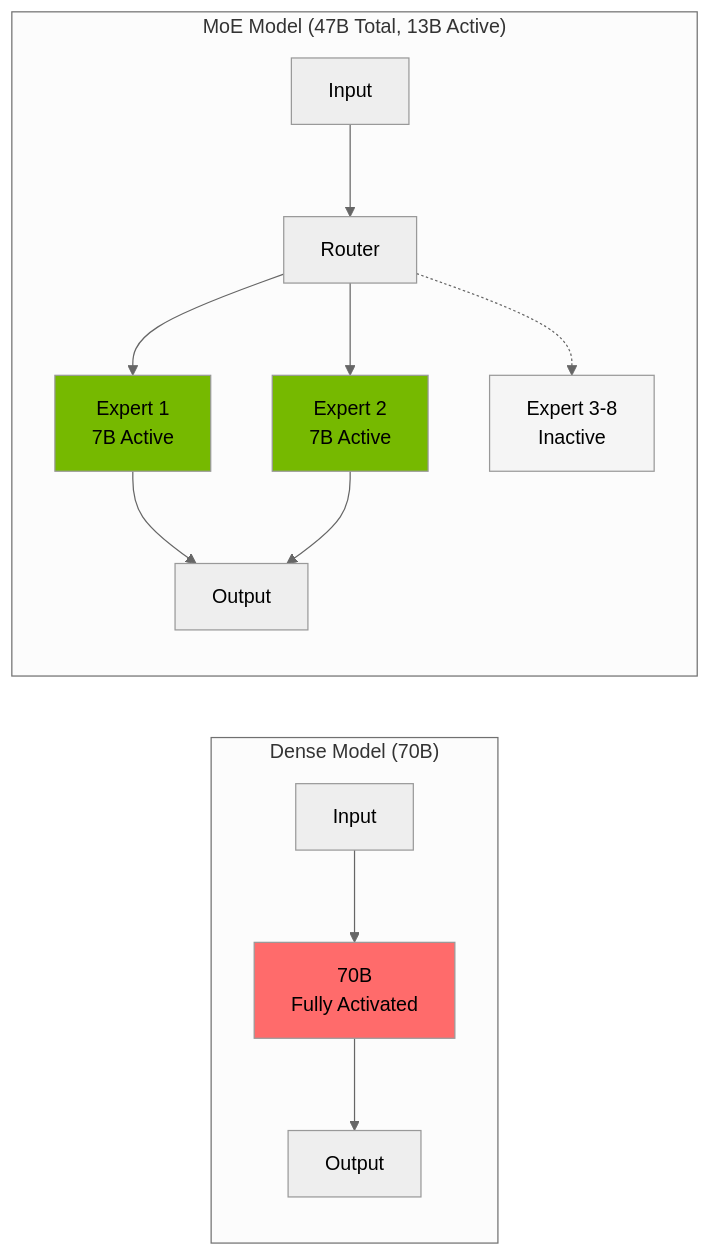
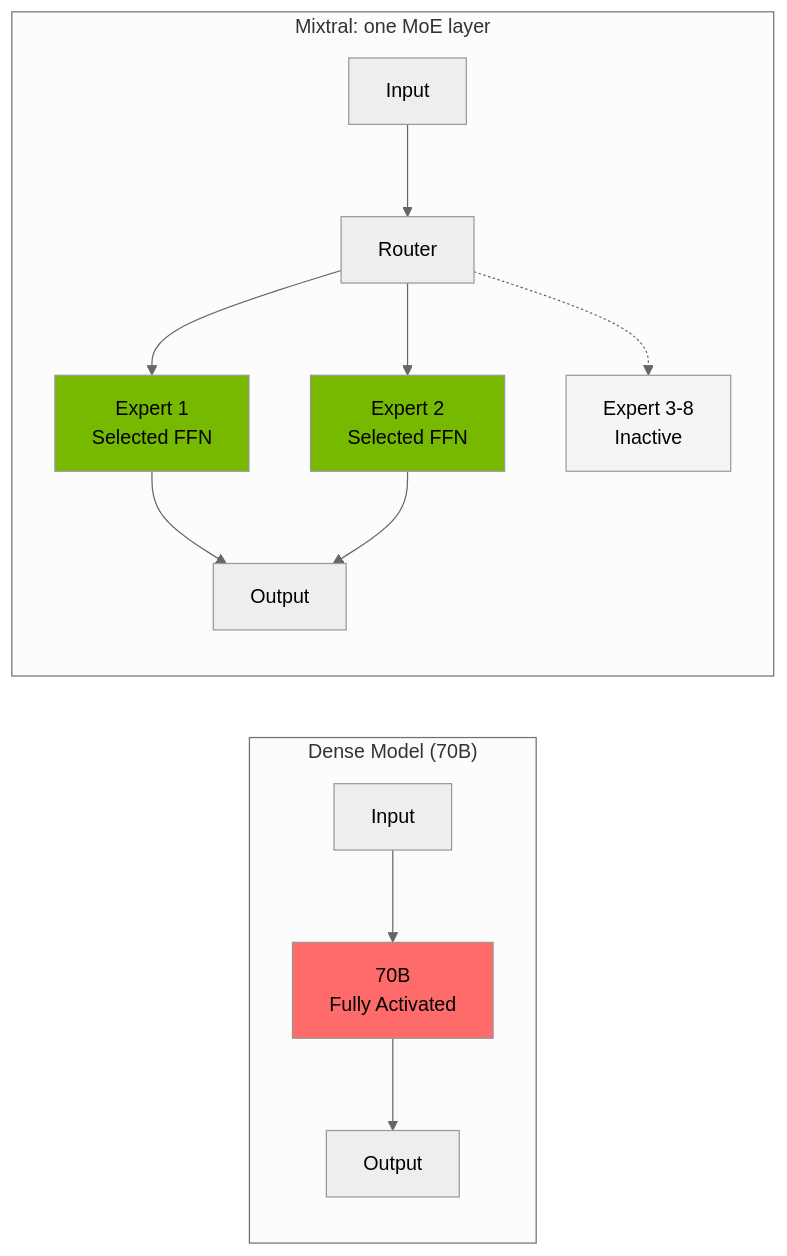
One commit to devfloor9/engineering-playbook changed the second of 6 diagrams in i18n/en/docusaurus-plugin-content-docs/current/agentic-ai-platform/model-serving/inference-frameworks/moe-model-serving.md. Above: the diagram before and after it, drawn with Mermaid (neutral theme). The commit also changed other lines of this file and 13 other files, not shown here.

````diff
--- a/i18n/en/docusaurus-plugin-content-docs/current/agentic-ai-platform/model-serving/inference-frameworks/moe-model-serving.md
+++ b/i18n/en/docusaurus-plugin-content-docs/current/agentic-ai-platform/model-serving/inference-frameworks/moe-model-serving.md
@@ -99,21 +116,21 @@
 ```mermaid
 flowchart LR
     subgraph Dense["Dense Model (70B)"]
         D_IN[Input] --> D_ALL[70B<br/>Fully Activated]
         D_ALL --> D_OUT[Output]
     end
 
-    subgraph MoE["MoE Model (47B Total, 13B Active)"]
+    subgraph MoE["Mixtral: one MoE layer"]
         M_IN[Input] --> M_GATE[Router]
-        M_GATE --> M_E1[Expert 1<br/>7B Active]
-        M_GATE --> M_E2[Expert 2<br/>7B Active]
+        M_GATE --> M_E1[Expert 1<br/>Selected FFN]
+        M_GATE --> M_E2[Expert 2<br/>Selected FFN]
         M_E1 --> M_OUT[Output]
         M_E2 --> M_OUT
         M_GATE -.-> M_E3[Expert 3-8<br/>Inactive]
     end
 
     style D_ALL fill:#ff6b6b
     style M_E1 fill:#76b900
     style M_E2 fill:#76b900
     style M_E3 fill:#f5f5f5
 ```
````
